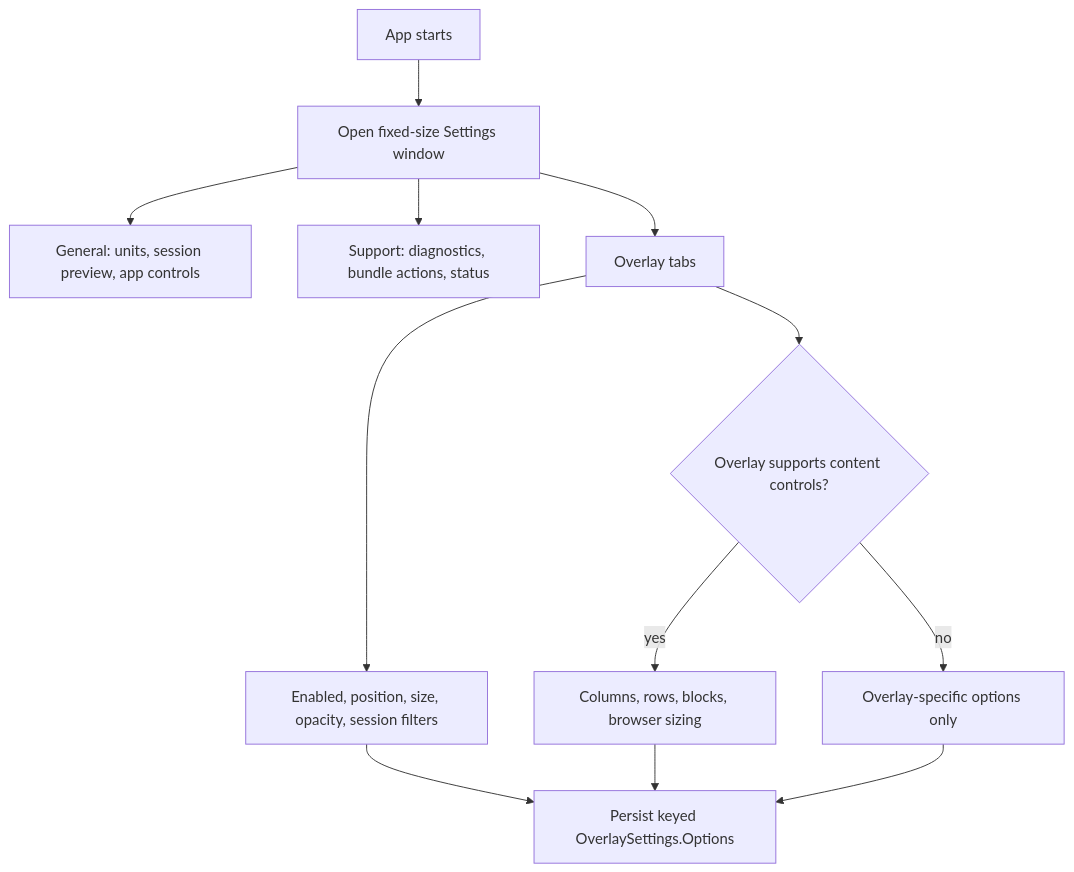
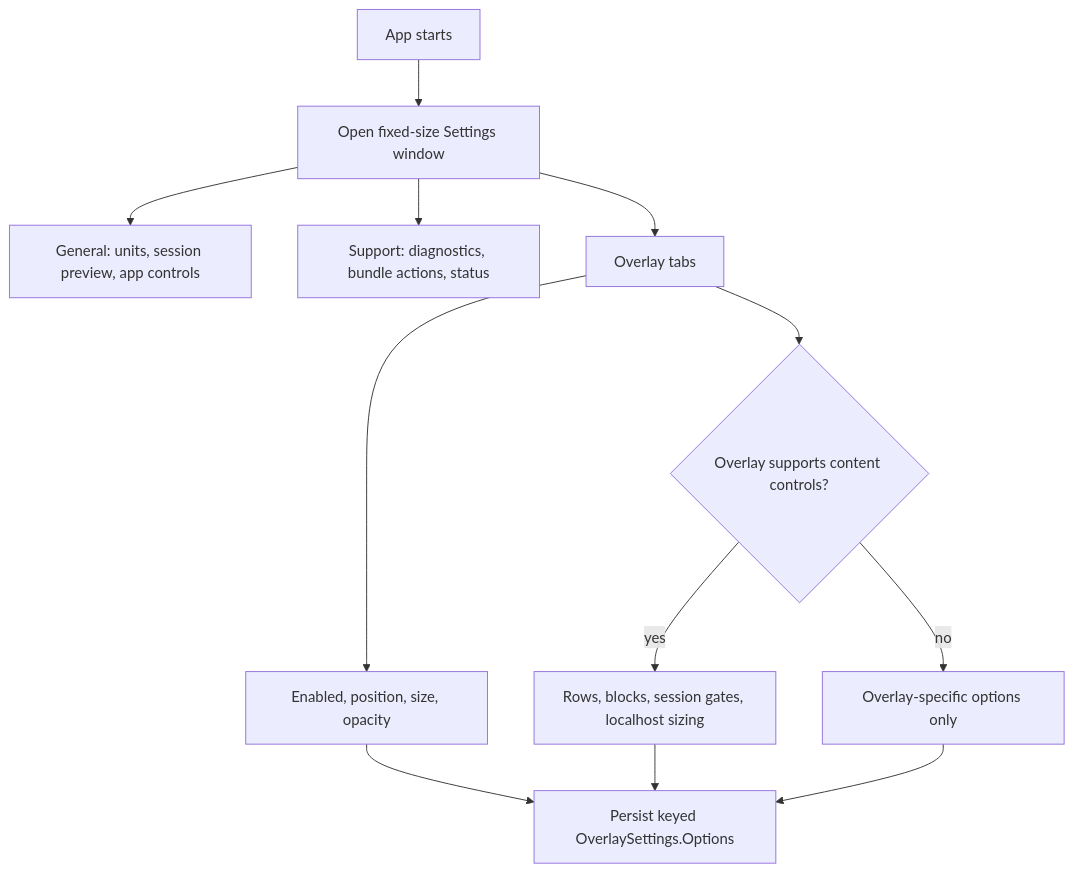
One commit to Boucher-David/tmrOverlay changed the second of 16 diagrams in docs/overlay-flow-diagrams.md. Above: the diagram before and after it, drawn with Mermaid. The commit also changed other lines of this file and 267 other files, not shown here.

````diff
--- a/docs/overlay-flow-diagrams.md
+++ b/docs/overlay-flow-diagrams.md
@@ -24,14 +24,14 @@
 ```mermaid
 flowchart TD
     Open["App starts"] --> Window["Open fixed-size Settings window"]
     Window --> General["General: units, session preview, app controls"]
     Window --> Support["Support: diagnostics, bundle actions, status"]
     Window --> Tabs["Overlay tabs"]
-    Tabs --> Common["Enabled, position, size, opacity, session filters"]
+    Tabs --> Common["Enabled, position, size, opacity"]
     Tabs --> Content{"Overlay supports content controls?"}
-    Content -- yes --> Columns["Columns, rows, blocks, browser sizing"]
+    Content -- yes --> Columns["Rows, blocks, session gates, localhost sizing"]
     Content -- no --> Specific["Overlay-specific options only"]
     Common --> Persist["Persist keyed OverlaySettings.Options"]
     Columns --> Persist
     Specific --> Persist
 ```
````
